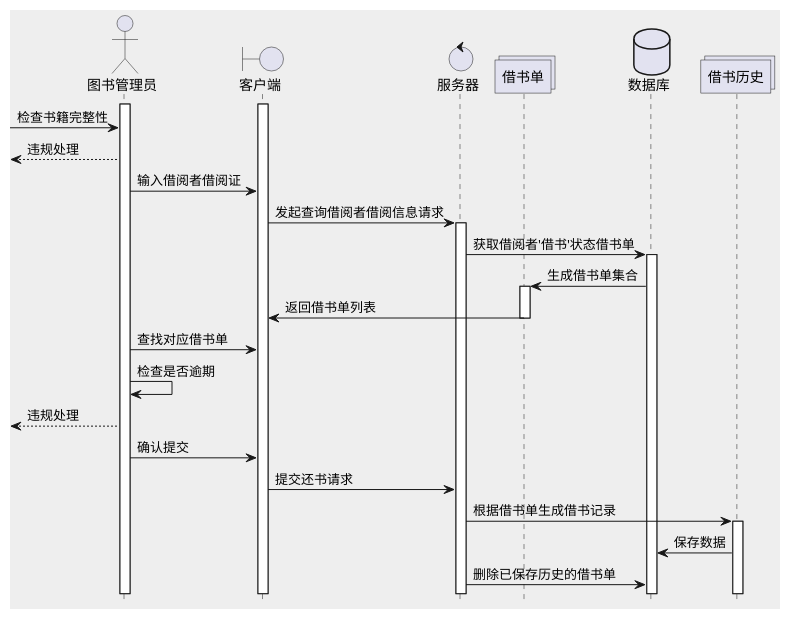
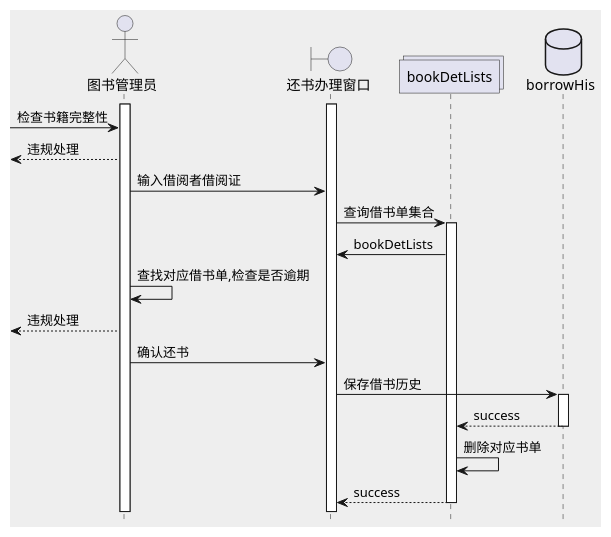
One commit to 201610414130/is_analysis-4 changed the fifth of 11 diagrams in test4/uaseCase.pu. Above: the diagram before and after it, drawn with PlantUML. The commit also changed other lines of this file and 13 other files, not shown here.

```diff
--- a/test4/uaseCase.pu
+++ b/test4/uaseCase.pu
@@ -109,33 +88,26 @@
 @startuml 还书
 skinparam backgroundColor #eee
 hide footbox
 actor 图书管理员
-boundary 客户端
-control 服务器
-collections 借书单
-database 数据库
-collections 借书历史
+boundary 还书办理窗口
+collections bookDetLists
+database borrowHis
 activate 图书管理员
-activate 客户端
+activate 还书办理窗口
 [-> 图书管理员: 检查书籍完整性
 [<-- 图书管理员: 违规处理
-图书管理员 -> 客户端: 输入借阅者借阅证
-客户端 -> 服务器: 发起查询借阅者借阅信息请求
-activate 服务器
-服务器 -> 数据库: 获取借阅者'借书'状态借书单
-activate 数据库
-数据库 -> 借书单: 生成借书单集合
-activate 借书单
-借书单 -> 客户端: 返回借书单列表
-deactivate 借书单
-图书管理员 -> 客户端: 查找对应借书单
-图书管理员 -> 图书管理员: 检查是否逾期
+图书管理员 -> 还书办理窗口: 输入借阅者借阅证
+还书办理窗口 -> bookDetLists: 查询借书单集合
+activate bookDetLists
+bookDetLists -> 还书办理窗口: bookDetLists
+图书管理员 -> 图书管理员: 查找对应借书单,检查是否逾期
 [<-- 图书管理员: 违规处理
-图书管理员 -> 客户端: 确认提交
-客户端 -> 服务器: 提交还书请求
-
-服务器 -> 借书历史: 根据借书单生成借书记录
-activate 借书历史
-借书历史 -> 数据库: 保存数据
-服务器 -> 数据库: 删除已保存历史的借书单
+图书管理员 -> 还书办理窗口: 确认还书
+还书办理窗口 -> borrowHis: 保存借书历史
+activate borrowHis
+borrowHis --> bookDetLists: success
+deactivate borrowHis
+bookDetLists->bookDetLists: 删除对应书单
+bookDetLists-->还书办理窗口: success
+deactivate bookDetLists
 @enduml
```
